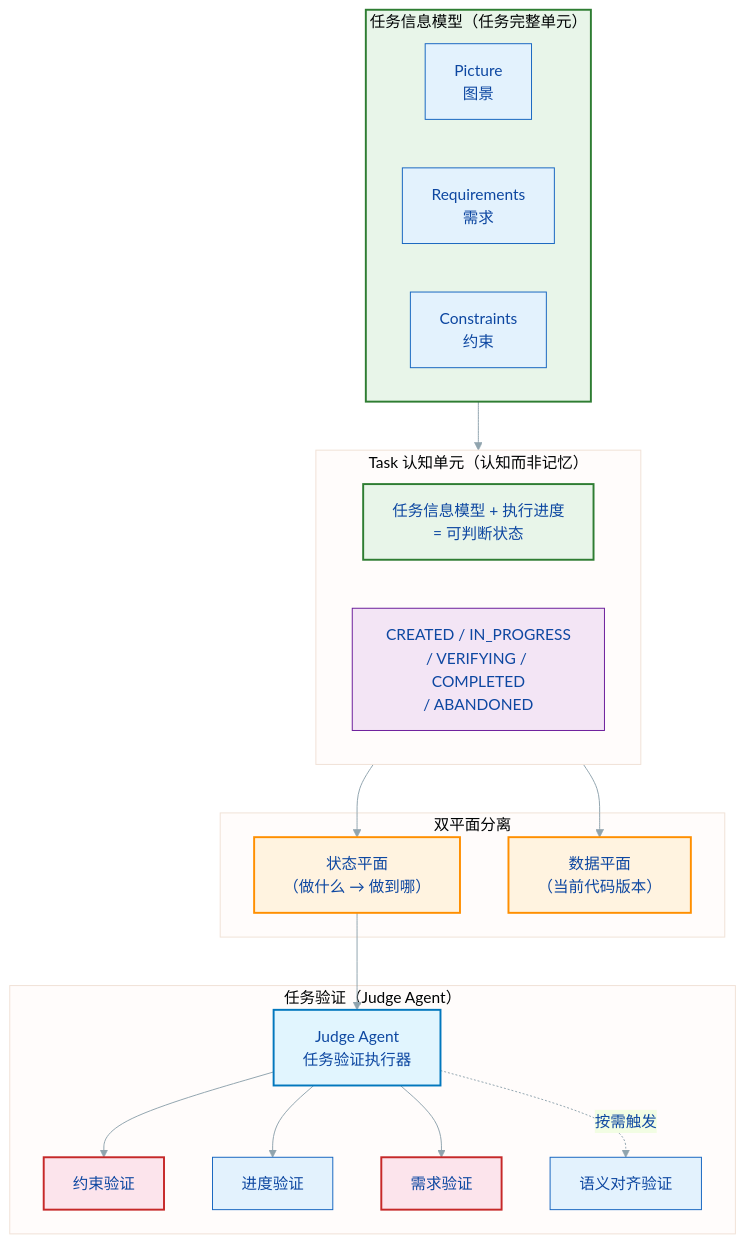
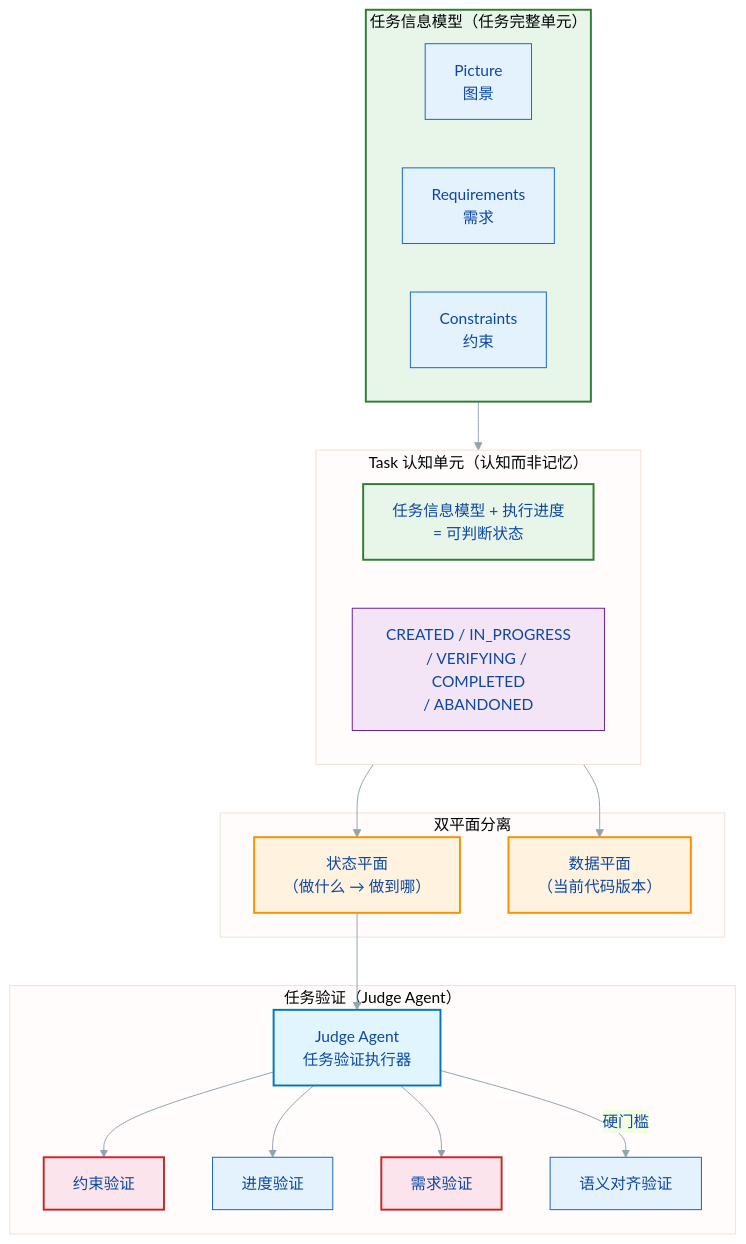
The first of 9 diagrams in docs/SPEC.md (Lazyn0tBug/mem0ress), drawn with Mermaid before and after one commit. The commit also changed 3 other files, not shown here.

First line of the commit message:
fix: tier on_fail semantics, marker table, mermaid arrow, persistent field

````diff
--- a/docs/SPEC.md
+++ b/docs/SPEC.md
@@ -55,49 +55,49 @@
 ```mermaid
 %% label：核心解法总览
 %%{ init: { 'theme': 'base', 'themeVariables': { 'primaryColor': '#e3f2fd', 'primaryTextColor': '#0d47a1', 'primaryBorderColor': '#1565c0', 'lineColor': '#90a4ae', 'fontFamily': 'arial' } } }%%
 graph TB
     subgraph PRC["任务信息模型（任务完整单元）"]
         PIC["Picture\n图景"]
         REQ["Requirements\n需求"]
         CST["Constraints\n约束"]
     end
 
     subgraph TASK["Task 认知单元（认知而非记忆）"]
         TR["任务信息模型 + 执行进度\n= 可判断状态"]
         ST["CREATED / IN_PROGRESS\n/ VERIFYING / COMPLETED\n/ ABANDONED"]
     end
 
     subgraph DUAL["双平面分离"]
         SP["状态平面\n（做什么 → 做到哪）"]
         DP["数据平面\n（当前代码版本）"]
     end
 
     subgraph TIERS["任务验证（Judge Agent）"]
         J["Judge Agent\n任务验证执行器"]
         C["约束验证"]
         T1["进度验证"]
         R["需求验证"]
         T3["语义对齐验证"]
     end
 
     PRC --> TASK
     TASK --> SP
     TASK --> DP
     SP --> J
     J --> C
     J --> T1
     J --> R
-    J -.->|按需触发| T3
+    J -->|硬门槛| T3
 
     classDef prc fill:#e8f5e9,stroke:#2e7d32,stroke-width:2px;
     classDef task fill:#e3f2fd,stroke:#1565c0,stroke-width:2px;
     classDef plane fill:#fff3e0,stroke:#ff8f00,stroke-width:2px;
     classDef tier fill:#fce4ec,stroke:#c62828,stroke-width:2px;
     classDef judge fill:#e1f5fe,stroke:#0277bd,stroke-width:2px;
     classDef state fill:#f3e5f5,stroke:#6a1b9a,stroke-width:1px;
     class PRC,task,TR,ST prc;
     class SP,DP plane;
     class C,T,R,S tier;
     class J judge;
     class ST state;
 ```
````
